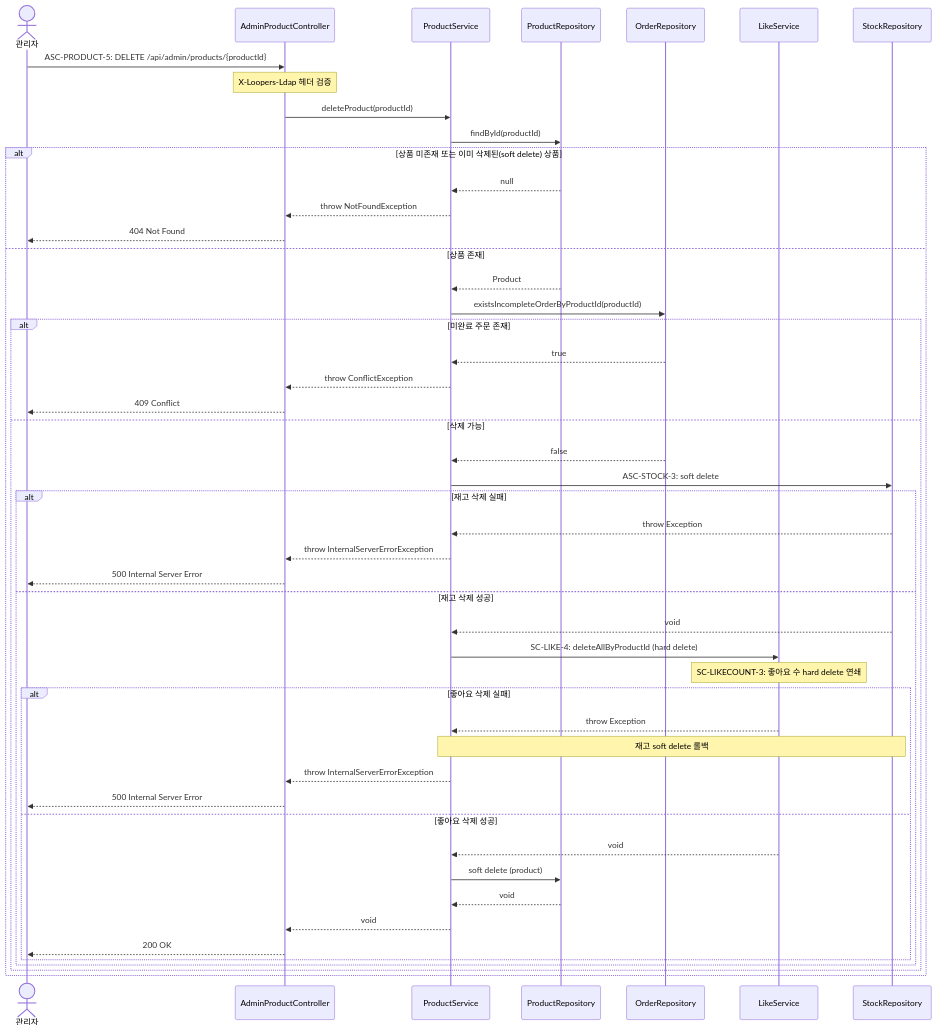
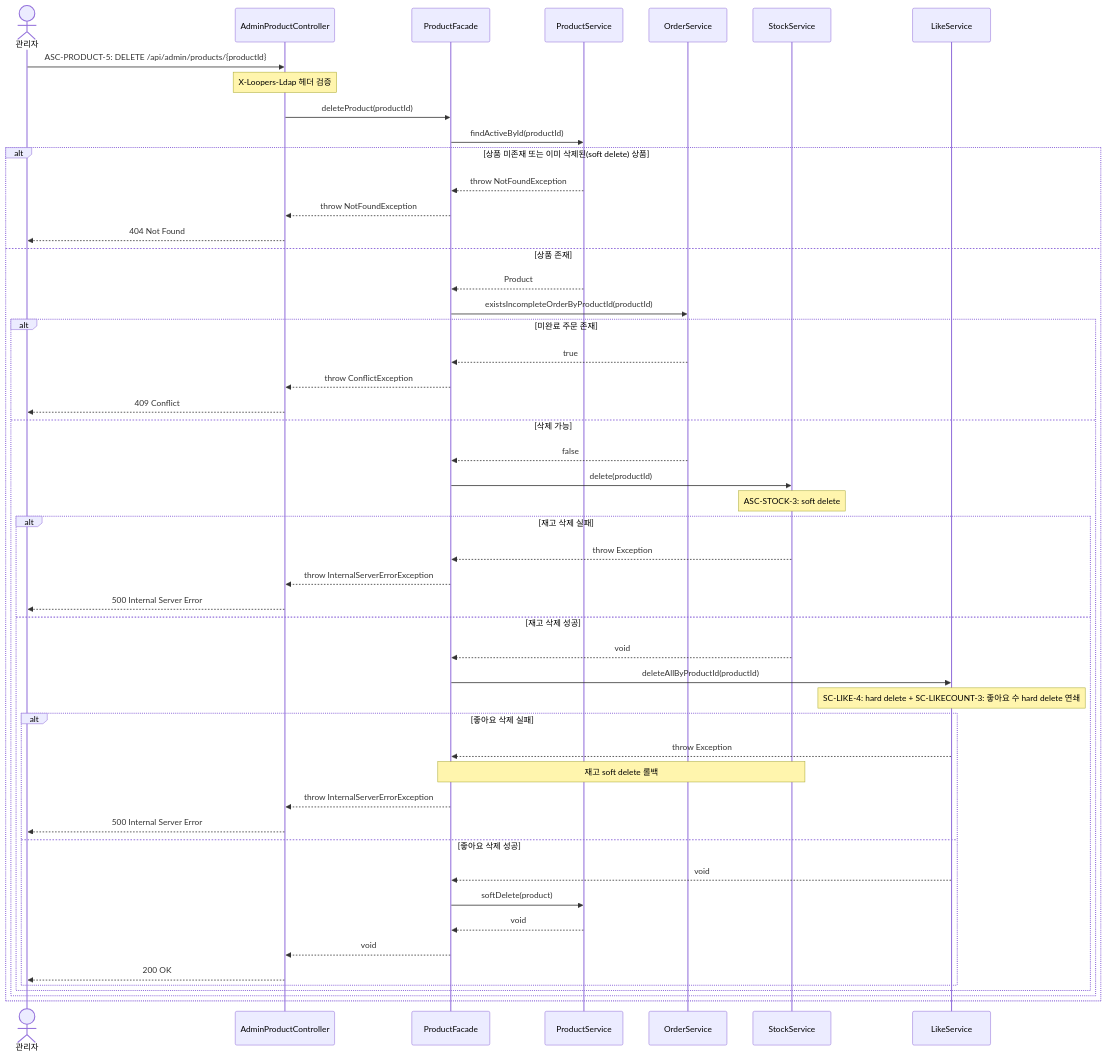
Before and after one commit to loopers-labs/loop-pack-be-l2-vol4-kotlin: diagram 19 of 41 in docs/02-sequence-diagrams.md, drawn with Mermaid. The commit also changed other lines of this file and 2 other files, not shown here.

Commit message:
:memo: 3차 클래스 다이어그램 일단 완료

````diff
--- a/docs/02-sequence-diagrams.md
+++ b/docs/02-sequence-diagrams.md
@@ -602,54 +606,55 @@
 ```mermaid
 sequenceDiagram
     actor Admin as 관리자
     participant Controller as AdminProductController
-    participant Service as ProductService
-    participant ProductRepo as ProductRepository
-    participant OrderRepo as OrderRepository
+    participant Facade as ProductFacade
+    participant ProductService as ProductService
+    participant OrderService as OrderService
+    participant StockService as StockService
     participant LikeService as LikeService
-    participant StockRepo as StockRepository
 
     Admin->>Controller: ASC-PRODUCT-5: DELETE /api/admin/products/{productId}
     Note over Controller: X-Loopers-Ldap 헤더 검증
 
-    Controller->>Service: deleteProduct(productId)
-    Service->>ProductRepo: findById(productId)
+    Controller->>Facade: deleteProduct(productId)
+    Facade->>ProductService: findActiveById(productId)
 
     alt 상품 미존재 또는 이미 삭제된(soft delete) 상품
-        ProductRepo-->>Service: null
-        Service-->>Controller: throw NotFoundException
+        ProductService-->>Facade: throw NotFoundException
+        Facade-->>Controller: throw NotFoundException
         Controller-->>Admin: 404 Not Found
     else 상품 존재
-        ProductRepo-->>Service: Product
-        Service->>OrderRepo: existsIncompleteOrderByProductId(productId)
+        ProductService-->>Facade: Product
+        Facade->>OrderService: existsIncompleteOrderByProductId(productId)
         alt 미완료 주문 존재
-            OrderRepo-->>Service: true
-            Service-->>Controller: throw ConflictException
+            OrderService-->>Facade: true
+            Facade-->>Controller: throw ConflictException
             Controller-->>Admin: 409 Conflict
         else 삭제 가능
-            OrderRepo-->>Service: false
-            Service->>StockRepo: ASC-STOCK-3: soft delete
+            OrderService-->>Facade: false
+            Facade->>StockService: delete(productId)
+            Note over StockService: ASC-STOCK-3: soft delete
             alt 재고 삭제 실패
-                StockRepo-->>Service: throw Exception
-                Service-->>Controller: throw InternalServerErrorException
+                StockService-->>Facade: throw Exception
+                Facade-->>Controller: throw InternalServerErrorException
                 Controller-->>Admin: 500 Internal Server Error
             else 재고 삭제 성공
-                StockRepo-->>Service: void
-                Service->>LikeService: SC-LIKE-4: deleteAllByProductId (hard delete)
-                Note over LikeService: SC-LIKECOUNT-3: 좋아요 수 hard delete 연쇄
+                StockService-->>Facade: void
+                Facade->>LikeService: deleteAllByProductId(productId)
+                Note over LikeService: SC-LIKE-4: hard delete + SC-LIKECOUNT-3: 좋아요 수 hard delete 연쇄
                 alt 좋아요 삭제 실패
-                    LikeService-->>Service: throw Exception
-                    Note over Service,StockRepo: 재고 soft delete 롤백
-                    Service-->>Controller: throw InternalServerErrorException
+                    LikeService-->>Facade: throw Exception
+                    Note over Facade,StockService: 재고 soft delete 롤백
+                    Facade-->>Controller: throw InternalServerErrorException
                     Controller-->>Admin: 500 Internal Server Error
                 else 좋아요 삭제 성공
-                    LikeService-->>Service: void
-                    Service->>ProductRepo: soft delete (product)
-                    ProductRepo-->>Service: void
-                    Service-->>Controller: void
+                    LikeService-->>Facade: void
+                    Facade->>ProductService: softDelete(product)
+                    ProductService-->>Facade: void
+                    Facade-->>Controller: void
                     Controller-->>Admin: 200 OK
                 end
             end
         end
     end
 ```
````
